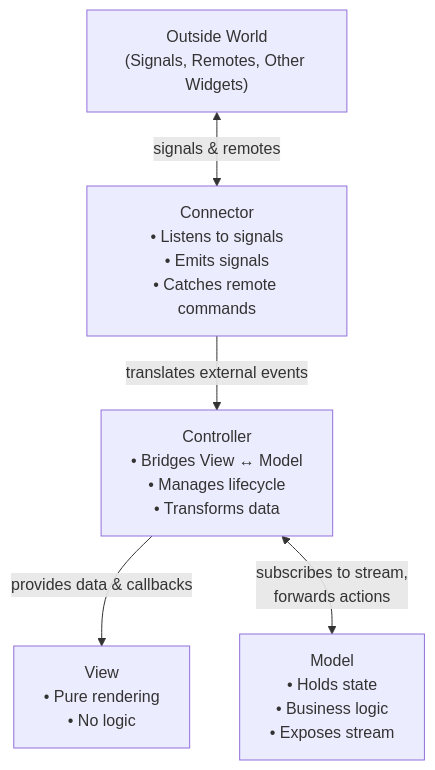
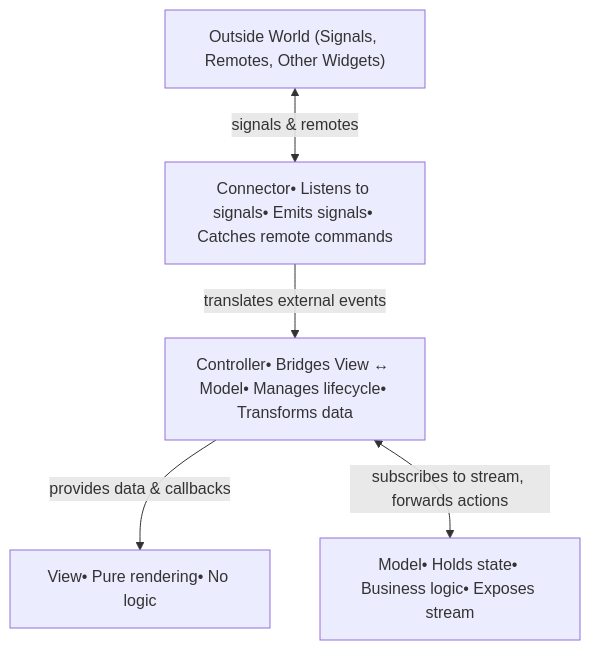
One commit to koncafaruk/tea_pattern changed the diagram in README.md. Above: the diagram before and after it, drawn with Mermaid.

Commit message:
Refine diagram labels in README.md
Updated diagram labels in README for clarity.

````diff
--- a/README.md
+++ b/README.md
@@ -47,13 +47,13 @@
 ```mermaid
 flowchart TB
-    Outside["Outside World\n(Signals, Remotes, Other Widgets)"]
-    Connector["Connector\n• Listens to signals\n• Emits signals\n• Catches remote commands"]
-    Controller["Controller\n• Bridges View ↔ Model\n• Manages lifecycle\n• Transforms data"]
-    View["View\n• Pure rendering\n• No logic"]
-    Model["Model\n• Holds state\n• Business logic\n• Exposes stream"]
+    Outside["Outside World (Signals, Remotes, Other Widgets)"]
+    Connector["Connector• Listens to signals• Emits signals• Catches remote commands"]
+    Controller["Controller• Bridges View ↔ Model• Manages lifecycle• Transforms data"]
+    View["View• Pure rendering• No logic"]
+    Model["Model• Holds state• Business logic• Exposes stream"]
 
     Outside <-->|"signals & remotes"| Connector
     Connector -->|"translates external events"| Controller
     Controller -->|"provides data & callbacks"| View
-    Controller <-->|"subscribes to stream,<br>forwards actions"| Model
+    Controller <-->|"subscribes to stream, forwards actions"| Model
 ```
````
